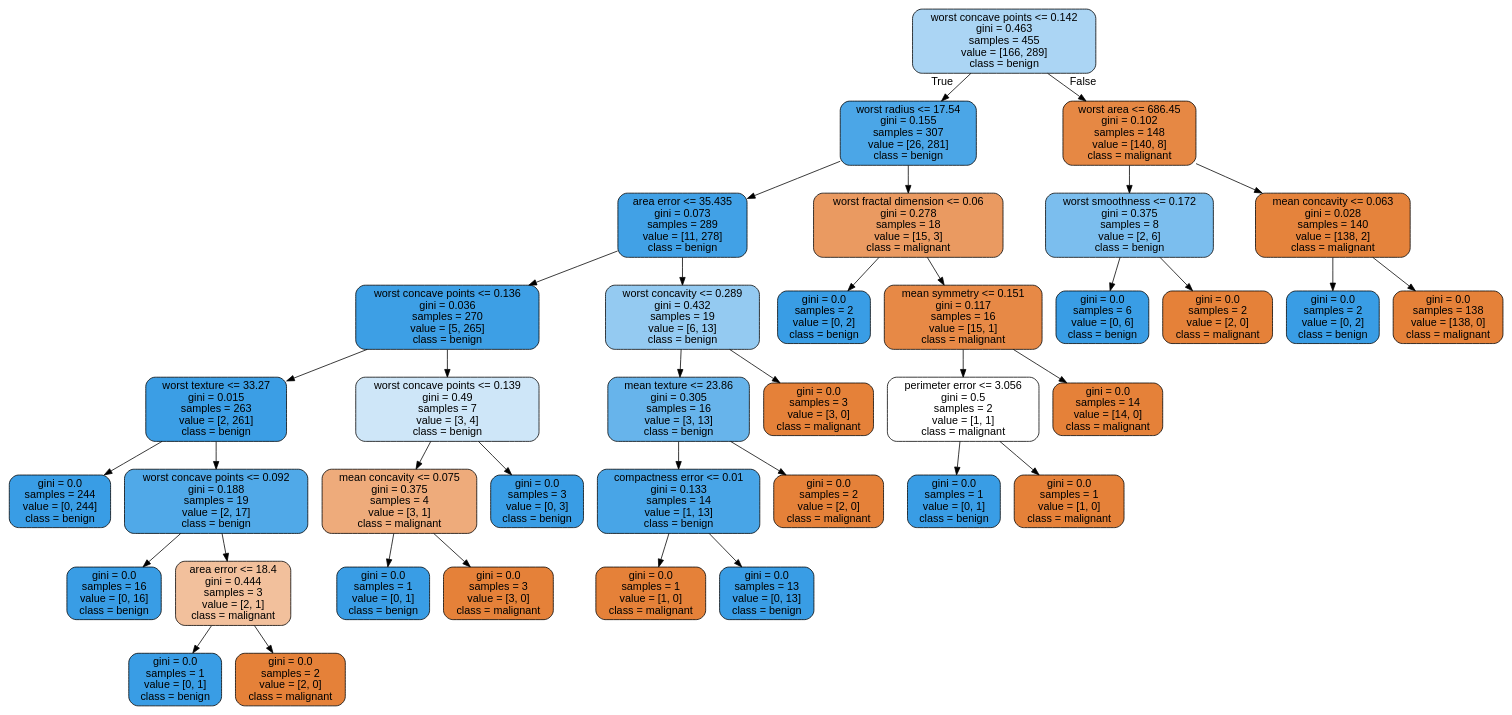
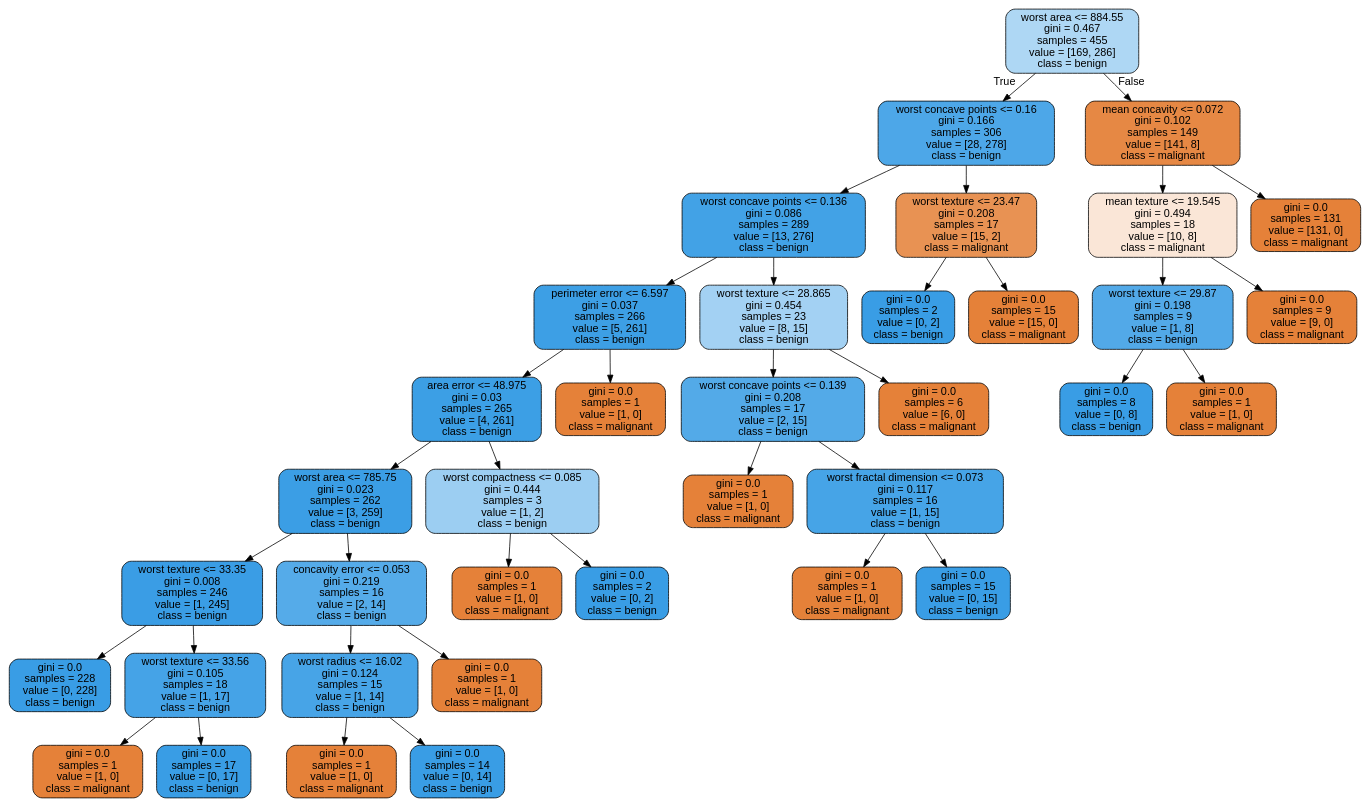
One commit to JoseDeJesusMendozaBecerril/Practica4_MineriaDeDatos changed the diagram in images/decision_trees/cancer_tree_train.dot. Above: the diagram before and after it, drawn with Graphviz. The commit also changed 8 other files, not shown here.

```diff
--- a/images/decision_trees/cancer_tree_train.dot
+++ b/images/decision_trees/cancer_tree_train.dot
@@ -1,77 +1,77 @@
 digraph Tree {
 node [shape=box, style="filled, rounded", color="black", fontname=helvetica] ;
 edge [fontname=helvetica] ;
-0 [label="worst concave points <= 0.142\ngini = 0.463\nsamples = 455\nvalue = [166, 289]\nclass = benign", fillcolor="#abd5f4"] ;
-1 [label="worst radius <= 17.54\ngini = 0.155\nsamples = 307\nvalue = [26, 281]\nclass = benign", fillcolor="#4ba6e7"] ;
+0 [label="worst area <= 884.55\ngini = 0.467\nsamples = 455\nvalue = [169, 286]\nclass = benign", fillcolor="#aed7f4"] ;
+1 [label="worst concave points <= 0.16\ngini = 0.166\nsamples = 306\nvalue = [28, 278]\nclass = benign", fillcolor="#4da7e8"] ;
 0 -> 1 [labeldistance=2.5, labelangle=45, headlabel="True"] ;
-2 [label="area error <= 35.435\ngini = 0.073\nsamples = 289\nvalue = [11, 278]\nclass = benign", fillcolor="#41a1e6"] ;
+2 [label="worst concave points <= 0.136\ngini = 0.086\nsamples = 289\nvalue = [13, 276]\nclass = benign", fillcolor="#42a2e6"] ;
 1 -> 2 ;
-3 [label="worst concave points <= 0.136\ngini = 0.036\nsamples = 270\nvalue = [5, 265]\nclass = benign", fillcolor="#3d9fe5"] ;
+3 [label="perimeter error <= 6.597\ngini = 0.037\nsamples = 266\nvalue = [5, 261]\nclass = benign", fillcolor="#3d9fe5"] ;
 2 -> 3 ;
-4 [label="worst texture <= 33.27\ngini = 0.015\nsamples = 263\nvalue = [2, 261]\nclass = benign", fillcolor="#3b9ee5"] ;
+4 [label="area error <= 48.975\ngini = 0.03\nsamples = 265\nvalue = [4, 261]\nclass = benign", fillcolor="#3c9fe5"] ;
 3 -> 4 ;
-5 [label="gini = 0.0\nsamples = 244\nvalue = [0, 244]\nclass = benign", fillcolor="#399de5"] ;
+5 [label="worst area <= 785.75\ngini = 0.023\nsamples = 262\nvalue = [3, 259]\nclass = benign", fillcolor="#3b9ee5"] ;
 4 -> 5 ;
-6 [label="worst concave points <= 0.092\ngini = 0.188\nsamples = 19\nvalue = [2, 17]\nclass = benign", fillcolor="#50a9e8"] ;
-4 -> 6 ;
-7 [label="gini = 0.0\nsamples = 16\nvalue = [0, 16]\nclass = benign", fillcolor="#399de5"] ;
+6 [label="worst texture <= 33.35\ngini = 0.008\nsamples = 246\nvalue = [1, 245]\nclass = benign", fillcolor="#3a9de5"] ;
+5 -> 6 ;
+7 [label="gini = 0.0\nsamples = 228\nvalue = [0, 228]\nclass = benign", fillcolor="#399de5"] ;
 6 -> 7 ;
-8 [label="area error <= 18.4\ngini = 0.444\nsamples = 3\nvalue = [2, 1]\nclass = malignant", fillcolor="#f2c09c"] ;
+8 [label="worst texture <= 33.56\ngini = 0.105\nsamples = 18\nvalue = [1, 17]\nclass = benign", fillcolor="#45a3e7"] ;
 6 -> 8 ;
-9 [label="gini = 0.0\nsamples = 1\nvalue = [0, 1]\nclass = benign", fillcolor="#399de5"] ;
+9 [label="gini = 0.0\nsamples = 1\nvalue = [1, 0]\nclass = malignant", fillcolor="#e58139"] ;
 8 -> 9 ;
-10 [label="gini = 0.0\nsamples = 2\nvalue = [2, 0]\nclass = malignant", fillcolor="#e58139"] ;
+10 [label="gini = 0.0\nsamples = 17\nvalue = [0, 17]\nclass = benign", fillcolor="#399de5"] ;
 8 -> 10 ;
-11 [label="worst concave points <= 0.139\ngini = 0.49\nsamples = 7\nvalue = [3, 4]\nclass = benign", fillcolor="#cee6f8"] ;
-3 -> 11 ;
-12 [label="mean concavity <= 0.075\ngini = 0.375\nsamples = 4\nvalue = [3, 1]\nclass = malignant", fillcolor="#eeab7b"] ;
+11 [label="concavity error <= 0.053\ngini = 0.219\nsamples = 16\nvalue = [2, 14]\nclass = benign", fillcolor="#55abe9"] ;
+5 -> 11 ;
+12 [label="worst radius <= 16.02\ngini = 0.124\nsamples = 15\nvalue = [1, 14]\nclass = benign", fillcolor="#47a4e7"] ;
 11 -> 12 ;
-13 [label="gini = 0.0\nsamples = 1\nvalue = [0, 1]\nclass = benign", fillcolor="#399de5"] ;
+13 [label="gini = 0.0\nsamples = 1\nvalue = [1, 0]\nclass = malignant", fillcolor="#e58139"] ;
 12 -> 13 ;
-14 [label="gini = 0.0\nsamples = 3\nvalue = [3, 0]\nclass = malignant", fillcolor="#e58139"] ;
+14 [label="gini = 0.0\nsamples = 14\nvalue = [0, 14]\nclass = benign", fillcolor="#399de5"] ;
 12 -> 14 ;
-15 [label="gini = 0.0\nsamples = 3\nvalue = [0, 3]\nclass = benign", fillcolor="#399de5"] ;
+15 [label="gini = 0.0\nsamples = 1\nvalue = [1, 0]\nclass = malignant", fillcolor="#e58139"] ;
 11 -> 15 ;
-16 [label="worst concavity <= 0.289\ngini = 0.432\nsamples = 19\nvalue = [6, 13]\nclass = benign", fillcolor="#94caf1"] ;
-2 -> 16 ;
-17 [label="mean texture <= 23.86\ngini = 0.305\nsamples = 16\nvalue = [3, 13]\nclass = benign", fillcolor="#67b4eb"] ;
+16 [label="worst compactness <= 0.085\ngini = 0.444\nsamples = 3\nvalue = [1, 2]\nclass = benign", fillcolor="#9ccef2"] ;
+4 -> 16 ;
+17 [label="gini = 0.0\nsamples = 1\nvalue = [1, 0]\nclass = malignant", fillcolor="#e58139"] ;
 16 -> 17 ;
-18 [label="compactness error <= 0.01\ngini = 0.133\nsamples = 14\nvalue = [1, 13]\nclass = benign", fillcolor="#48a5e7"] ;
-17 -> 18 ;
+18 [label="gini = 0.0\nsamples = 2\nvalue = [0, 2]\nclass = benign", fillcolor="#399de5"] ;
+16 -> 18 ;
 19 [label="gini = 0.0\nsamples = 1\nvalue = [1, 0]\nclass = malignant", fillcolor="#e58139"] ;
-18 -> 19 ;
-20 [label="gini = 0.0\nsamples = 13\nvalue = [0, 13]\nclass = benign", fillcolor="#399de5"] ;
-18 -> 20 ;
-21 [label="gini = 0.0\nsamples = 2\nvalue = [2, 0]\nclass = malignant", fillcolor="#e58139"] ;
-17 -> 21 ;
-22 [label="gini = 0.0\nsamples = 3\nvalue = [3, 0]\nclass = malignant", fillcolor="#e58139"] ;
-16 -> 22 ;
-23 [label="worst fractal dimension <= 0.06\ngini = 0.278\nsamples = 18\nvalue = [15, 3]\nclass = malignant", fillcolor="#ea9a61"] ;
-1 -> 23 ;
-24 [label="gini = 0.0\nsamples = 2\nvalue = [0, 2]\nclass = benign", fillcolor="#399de5"] ;
+3 -> 19 ;
+20 [label="worst texture <= 28.865\ngini = 0.454\nsamples = 23\nvalue = [8, 15]\nclass = benign", fillcolor="#a3d1f3"] ;
+2 -> 20 ;
+21 [label="worst concave points <= 0.139\ngini = 0.208\nsamples = 17\nvalue = [2, 15]\nclass = benign", fillcolor="#53aae8"] ;
+20 -> 21 ;
+22 [label="gini = 0.0\nsamples = 1\nvalue = [1, 0]\nclass = malignant", fillcolor="#e58139"] ;
+21 -> 22 ;
+23 [label="worst fractal dimension <= 0.073\ngini = 0.117\nsamples = 16\nvalue = [1, 15]\nclass = benign", fillcolor="#46a4e7"] ;
+21 -> 23 ;
+24 [label="gini = 0.0\nsamples = 1\nvalue = [1, 0]\nclass = malignant", fillcolor="#e58139"] ;
 23 -> 24 ;
-25 [label="mean symmetry <= 0.151\ngini = 0.117\nsamples = 16\nvalue = [15, 1]\nclass = malignant", fillcolor="#e78946"] ;
+25 [label="gini = 0.0\nsamples = 15\nvalue = [0, 15]\nclass = benign", fillcolor="#399de5"] ;
 23 -> 25 ;
-26 [label="perimeter error <= 3.056\ngini = 0.5\nsamples = 2\nvalue = [1, 1]\nclass = malignant", fillcolor="#ffffff"] ;
-25 -> 26 ;
-27 [label="gini = 0.0\nsamples = 1\nvalue = [0, 1]\nclass = benign", fillcolor="#399de5"] ;
-26 -> 27 ;
-28 [label="gini = 0.0\nsamples = 1\nvalue = [1, 0]\nclass = malignant", fillcolor="#e58139"] ;
-26 -> 28 ;
-29 [label="gini = 0.0\nsamples = 14\nvalue = [14, 0]\nclass = malignant", fillcolor="#e58139"] ;
-25 -> 29 ;
-30 [label="worst area <= 686.45\ngini = 0.102\nsamples = 148\nvalue = [140, 8]\nclass = malignant", fillcolor="#e68844"] ;
+26 [label="gini = 0.0\nsamples = 6\nvalue = [6, 0]\nclass = malignant", fillcolor="#e58139"] ;
+20 -> 26 ;
+27 [label="worst texture <= 23.47\ngini = 0.208\nsamples = 17\nvalue = [15, 2]\nclass = malignant", fillcolor="#e89253"] ;
+1 -> 27 ;
+28 [label="gini = 0.0\nsamples = 2\nvalue = [0, 2]\nclass = benign", fillcolor="#399de5"] ;
+27 -> 28 ;
+29 [label="gini = 0.0\nsamples = 15\nvalue = [15, 0]\nclass = malignant", fillcolor="#e58139"] ;
+27 -> 29 ;
+30 [label="mean concavity <= 0.072\ngini = 0.102\nsamples = 149\nvalue = [141, 8]\nclass = malignant", fillcolor="#e68844"] ;
 0 -> 30 [labeldistance=2.5, labelangle=-45, headlabel="False"] ;
-31 [label="worst smoothness <= 0.172\ngini = 0.375\nsamples = 8\nvalue = [2, 6]\nclass = benign", fillcolor="#7bbeee"] ;
+31 [label="mean texture <= 19.545\ngini = 0.494\nsamples = 18\nvalue = [10, 8]\nclass = malignant", fillcolor="#fae6d7"] ;
 30 -> 31 ;
-32 [label="gini = 0.0\nsamples = 6\nvalue = [0, 6]\nclass = benign", fillcolor="#399de5"] ;
+32 [label="worst texture <= 29.87\ngini = 0.198\nsamples = 9\nvalue = [1, 8]\nclass = benign", fillcolor="#52a9e8"] ;
 31 -> 32 ;
-33 [label="gini = 0.0\nsamples = 2\nvalue = [2, 0]\nclass = malignant", fillcolor="#e58139"] ;
-31 -> 33 ;
-34 [label="mean concavity <= 0.063\ngini = 0.028\nsamples = 140\nvalue = [138, 2]\nclass = malignant", fillcolor="#e5833c"] ;
-30 -> 34 ;
-35 [label="gini = 0.0\nsamples = 2\nvalue = [0, 2]\nclass = benign", fillcolor="#399de5"] ;
-34 -> 35 ;
-36 [label="gini = 0.0\nsamples = 138\nvalue = [138, 0]\nclass = malignant", fillcolor="#e58139"] ;
-34 -> 36 ;
+33 [label="gini = 0.0\nsamples = 8\nvalue = [0, 8]\nclass = benign", fillcolor="#399de5"] ;
+32 -> 33 ;
+34 [label="gini = 0.0\nsamples = 1\nvalue = [1, 0]\nclass = malignant", fillcolor="#e58139"] ;
+32 -> 34 ;
+35 [label="gini = 0.0\nsamples = 9\nvalue = [9, 0]\nclass = malignant", fillcolor="#e58139"] ;
+31 -> 35 ;
+36 [label="gini = 0.0\nsamples = 131\nvalue = [131, 0]\nclass = malignant", fillcolor="#e58139"] ;
+30 -> 36 ;
 }
```
